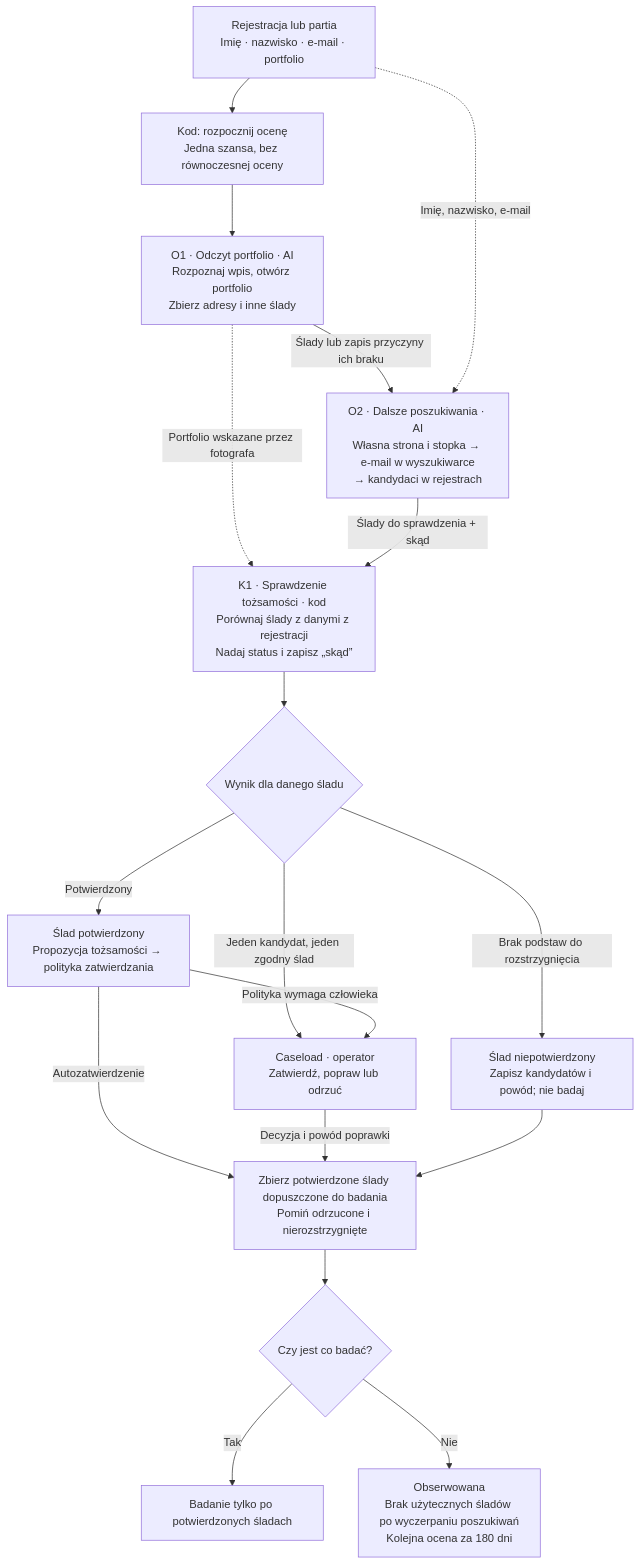
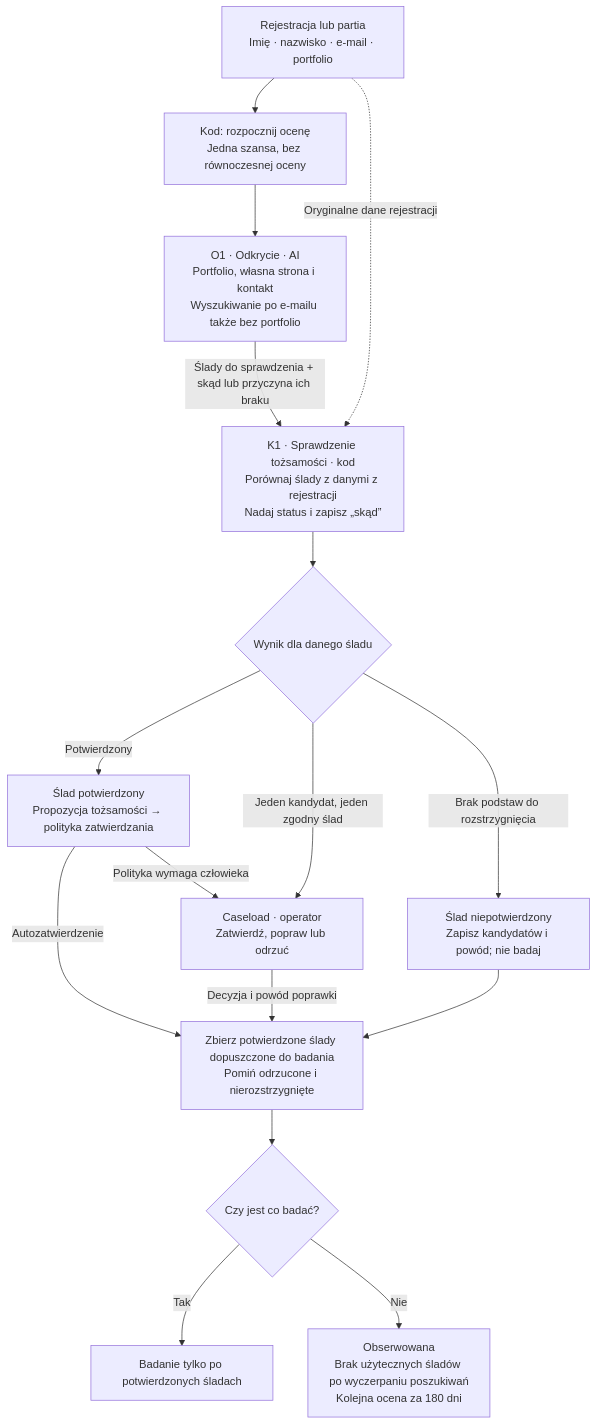
Before and after one commit to Asignolo/hackon: the first of 2 diagrams in docs/przeplyw-do-rozmowy-z-zespolem.md, drawn with Mermaid. The commit also changed other lines of this file and 27 other files, not shown here.

````diff
--- a/docs/przeplyw-do-rozmowy-z-zespolem.md
+++ b/docs/przeplyw-do-rozmowy-z-zespolem.md
@@ -11,32 +11,29 @@
 ```mermaid
 flowchart TD
     REG["Rejestracja lub partia<br/>Imię · nazwisko · e-mail · portfolio"]
     START["Kod: rozpocznij ocenę<br/>Jedna szansa, bez równoczesnej oceny"]
-    O1["O1 · Odczyt portfolio · AI<br/>Rozpoznaj wpis, otwórz portfolio<br/>Zbierz adresy i inne ślady"]
-    O2["O2 · Dalsze poszukiwania · AI<br/>Własna strona i stopka → e-mail w wyszukiwarce<br/>→ kandydaci w rejestrach"]
+    O1["O1 · Odkrycie · AI<br/>Portfolio, własna strona i kontakt<br/>Wyszukiwanie po e-mailu także bez portfolio"]
     K1["K1 · Sprawdzenie tożsamości · kod<br/>Porównaj ślady z danymi z rejestracji<br/>Nadaj status i zapisz „skąd”"]
     CLASS{"Wynik dla danego śladu"}
     POLICY["Ślad potwierdzony<br/>Propozycja tożsamości → polityka zatwierdzania"]
     HUMAN["Caseload · operator<br/>Zatwierdź, popraw lub odrzuć"]
     CAND["Ślad niepotwierdzony<br/>Zapisz kandydatów i powód; nie badaj"]
     SET["Zbierz potwierdzone ślady dopuszczone do badania<br/>Pomiń odrzucone i nierozstrzygnięte"]
     ANY{"Czy jest co badać?"}
     RESEARCH["Badanie tylko po potwierdzonych śladach"]
     WAIT["Obserwowana<br/>Brak użytecznych śladów po wyczerpaniu poszukiwań<br/>Kolejna ocena za 180 dni"]
     REG --> START --> O1
-    O1 -->|"Ślady lub zapis przyczyny ich braku"| O2
-    REG -.->|"Imię, nazwisko, e-mail"| O2
-    O1 -.->|"Portfolio wskazane przez fotografa"| K1
-    O2 -->|"Ślady do sprawdzenia + skąd"| K1
+    O1 -->|"Ślady do sprawdzenia + skąd lub przyczyna ich braku"| K1
+    REG -.->|"Oryginalne dane rejestracji"| K1
     K1 --> CLASS
     CLASS -->|"Potwierdzony"| POLICY
     CLASS -->|"Jeden kandydat, jeden zgodny ślad"| HUMAN
     CLASS -->|"Brak podstaw do rozstrzygnięcia"| CAND
     POLICY -->|"Autozatwierdzenie"| SET
     POLICY -->|"Polityka wymaga człowieka"| HUMAN
     HUMAN -->|"Decyzja i powód poprawki"| SET
     CAND --> SET
     SET --> ANY
     ANY -->|"Tak"| RESEARCH
     ANY -->|"Nie"| WAIT
 ```
````
